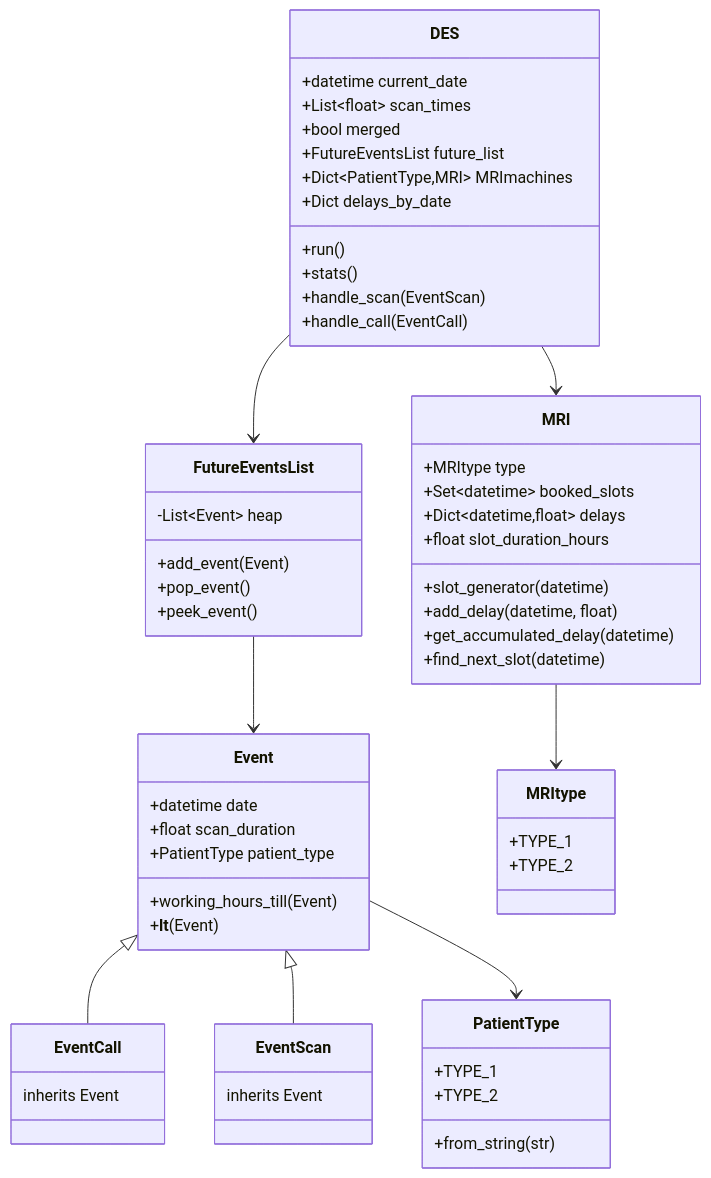
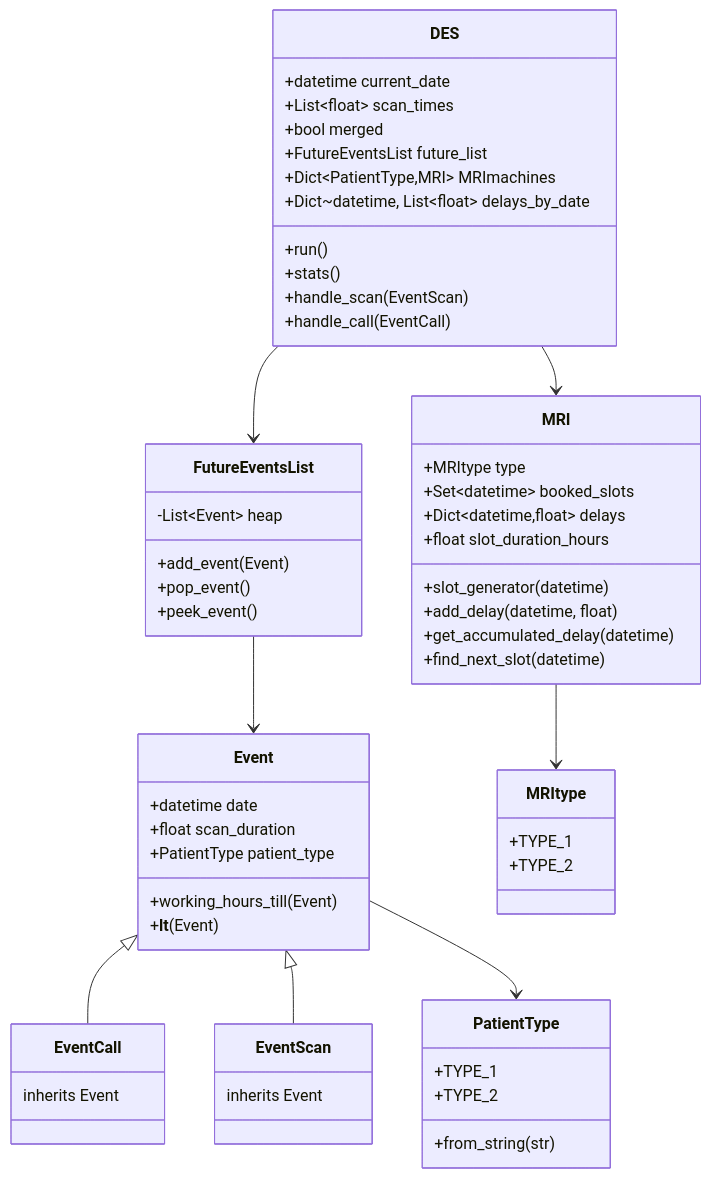
The diagram in README.md (QuinnCuijpers/Computational-Assignment), drawn with Mermaid before and after one commit.

Commit message:
readme.md fixed

````diff
--- a/README.md
+++ b/README.md
@@ -10,60 +10,60 @@
 ```mermaid
 classDiagram
 class Event {
 +datetime date
 +float scan_duration
 +PatientType patient_type
 +working_hours_till(Event)
 +__lt__(Event)
 }
 class EventCall {
 inherits Event
 }
 class EventScan {
 inherits Event
 }
 class PatientType {
 +TYPE_1
 +TYPE_2
 +from_string(str)
 }
 class MRItype {
 +TYPE_1
 +TYPE_2
 }
 class MRI {
 +MRItype type
 +Set~datetime~ booked_slots
 +Dict~datetime,float~ delays
 +float slot_duration_hours
 +slot_generator(datetime)
 +add_delay(datetime, float)
 +get_accumulated_delay(datetime)
 +find_next_slot(datetime)
 }
 class FutureEventsList {
 -List~Event~ heap
 +add_event(Event)
 +pop_event()
 +peek_event()
 }
 class DES {
 +datetime current_date
 +List~float~ scan_times
 +bool merged
 +FutureEventsList future_list
 +Dict~PatientType,MRI~ MRImachines
-+Dict<datetime, List~float~> delays_by_date
++Dict~datetime, List~float~ delays_by_date
 +run()
 +stats()
 +handle_scan(EventScan)
 +handle_call(EventCall)
 }
 Event <|-- EventCall
 Event <|-- EventScan
 Event --> PatientType
 MRI --> MRItype
 DES --> FutureEventsList
 DES --> MRI
 FutureEventsList --> Event
 ```
````
